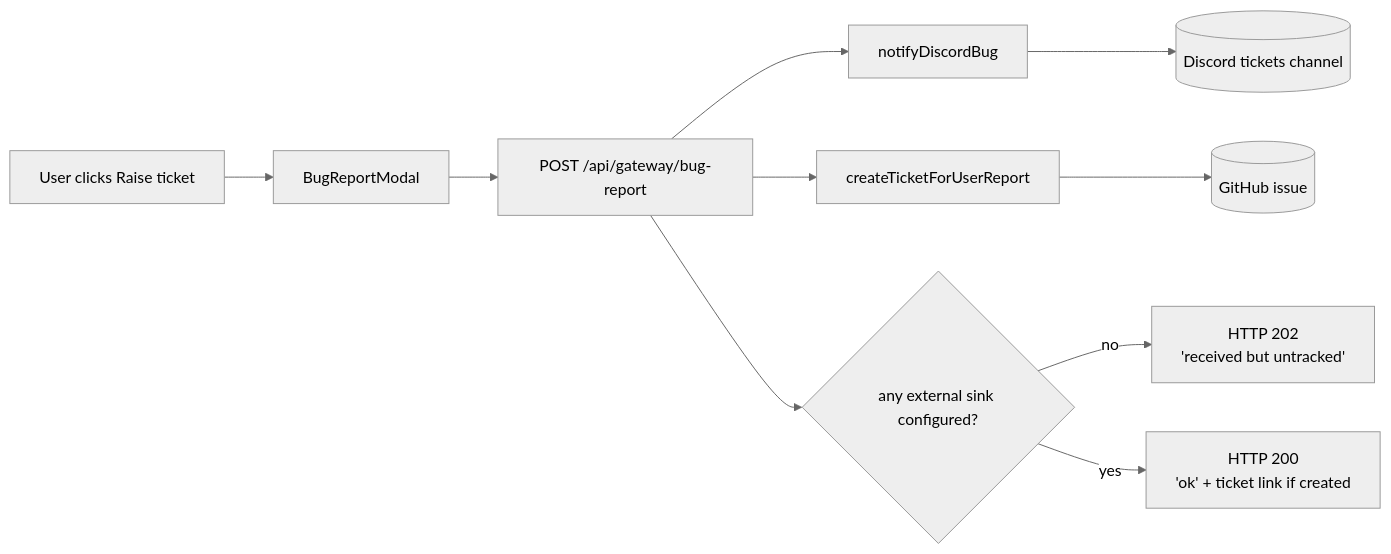
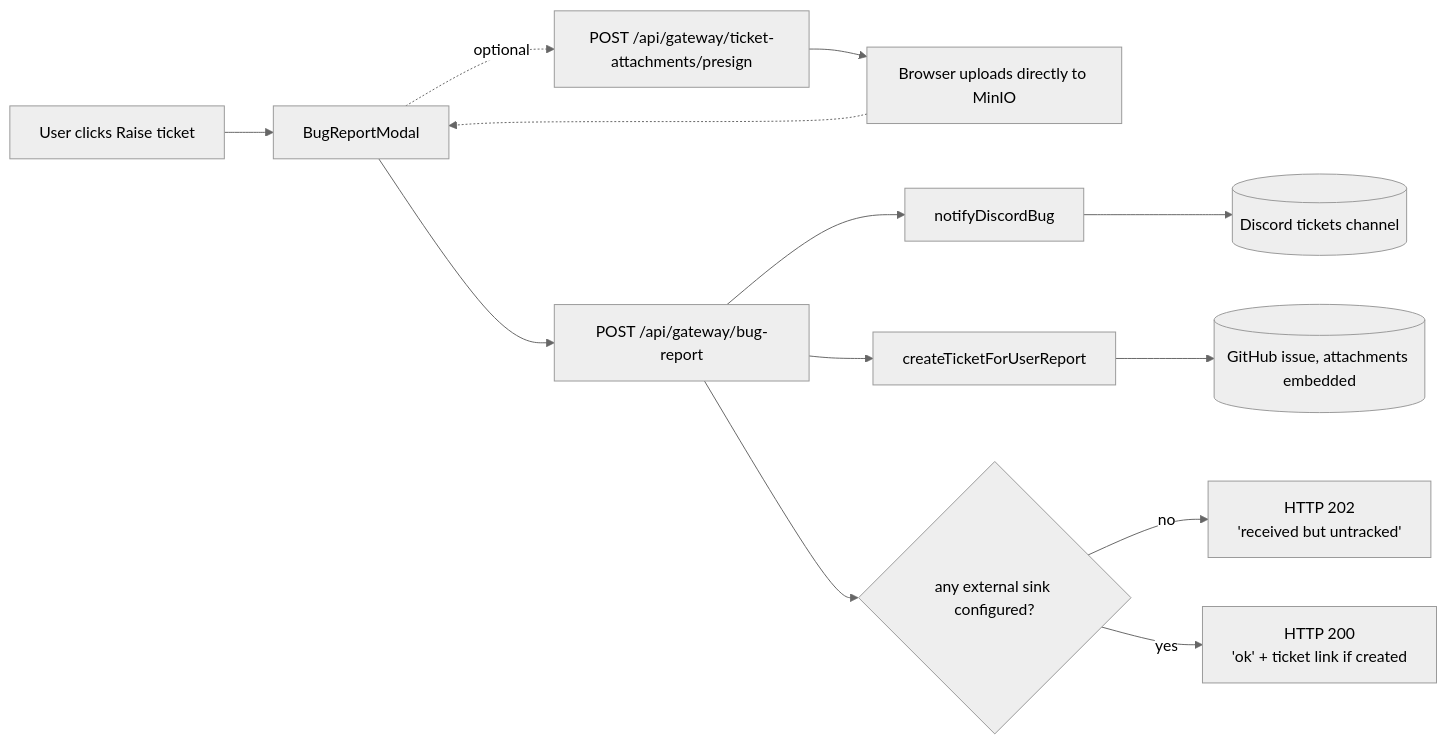
One commit to milesburton/veta-trading-platform changed the diagram in docs/site/src/content/docs/platform/observability/bug-reports.mdx. Above: the diagram before and after it, drawn with Mermaid (neutral theme). The commit also changed other lines of this file and 5 other files, not shown here.

````diff
--- a/docs/site/src/content/docs/platform/observability/bug-reports.mdx
+++ b/docs/site/src/content/docs/platform/observability/bug-reports.mdx
@@ -12,12 +12,15 @@
 ```mermaid
 flowchart LR
   U[User clicks Raise ticket] --> M[BugReportModal]
+  M -.optional.-> P[POST /api/gateway/ticket-attachments/presign]
+  P --> UP[Browser uploads directly to MinIO]
+  UP -.-> M
   M --> G[POST /api/gateway/bug-report]
   G --> N[notifyDiscordBug]
   G --> T[createTicketForUserReport]
   N --> D[(Discord tickets channel)]
-  T --> GH[(GitHub issue)]
+  T --> GH[(GitHub issue, attachments embedded)]
   G --> R{any external sink configured?}
   R -- no --> H[HTTP 202<br/>'received but untracked']
   R -- yes --> O[HTTP 200<br/>'ok' + ticket link if created]
 ```
````
